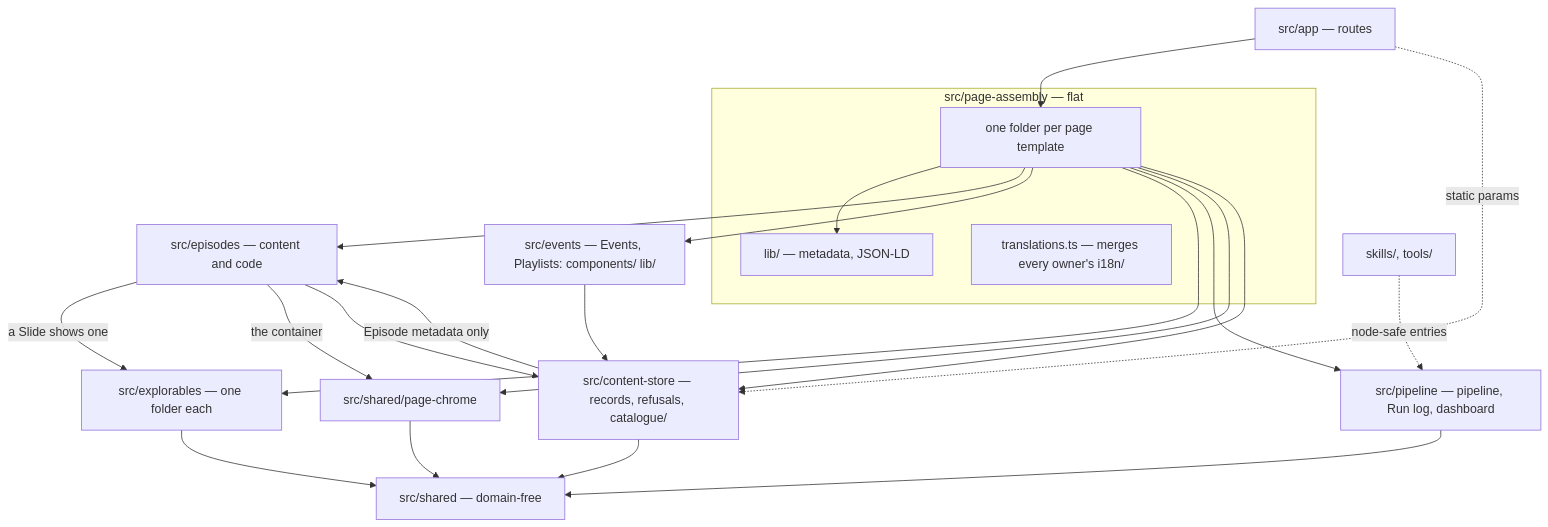
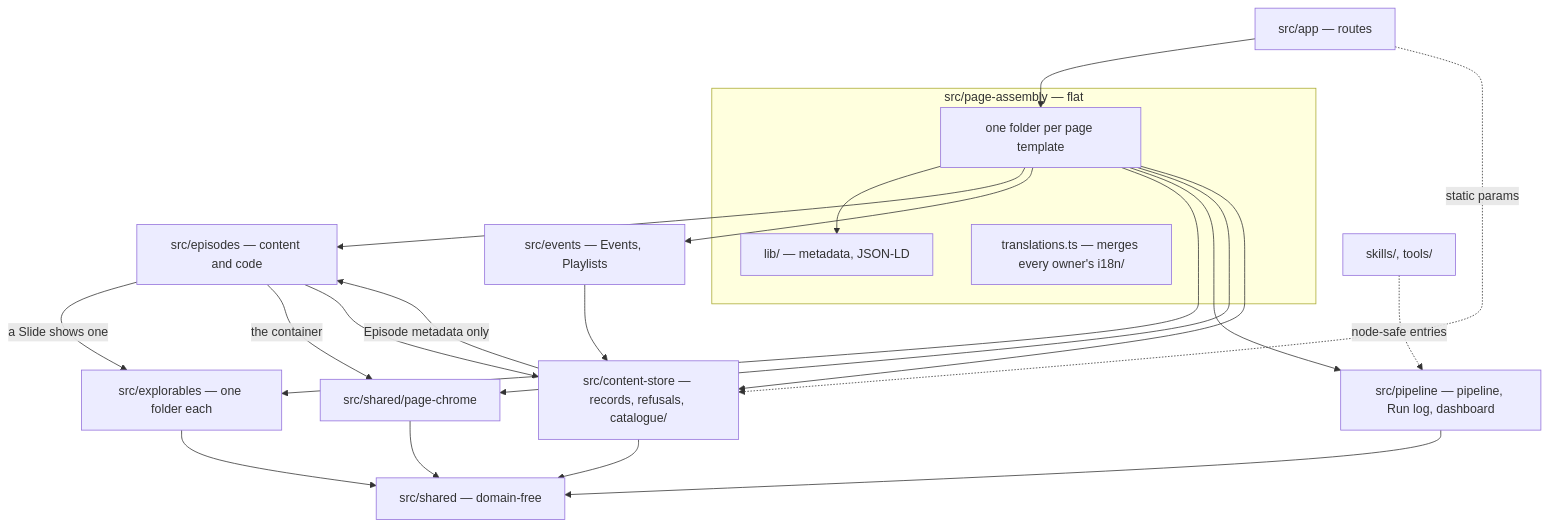
One commit to hancrafted/content-library changed the first of 5 diagrams in .archgate/adrs/FE-004-slide-architecture.md. Above: the diagram before and after it, drawn with Mermaid. The commit also changed other lines of this file and 8 other files, not shown here.

````diff
--- a/.archgate/adrs/FE-004-slide-architecture.md
+++ b/.archgate/adrs/FE-004-slide-architecture.md
@@ -22,25 +22,25 @@
 ```mermaid
 flowchart TD
   app["src/app — routes"] --> tpl
   subgraph pa["src/page-assembly — flat"]
     tpl["one folder per page template"] --> palib["lib/ — metadata, JSON-LD"]
     merge["translations.ts — merges every owner's i18n/"]
   end
   tpl --> episodes["src/episodes — content and code"]
-  tpl --> events["src/events — Events, Playlists: components/ lib/"]
+  tpl --> events["src/events — Events, Playlists"]
   tpl --> explain["src/explorables — one folder each"]
   tpl --> pipeline["src/pipeline — pipeline, Run log, dashboard"]
   tpl --> chrome["src/shared/page-chrome"]
   episodes -- "a Slide shows one" --> explain
   episodes -- "the container" --> chrome
   tpl --> store["src/content-store — records, refusals, catalogue/"]
   app -. "static params" .-> store
   episodes --> store
   events --> store
   store -- "Episode metadata only" --> episodes
   store --> shared["src/shared — domain-free"]
   explain --> shared
   pipeline --> shared
   chrome --> shared
   tools["skills/, tools/"] -. "node-safe entries" .-> pipeline
 ```
````
